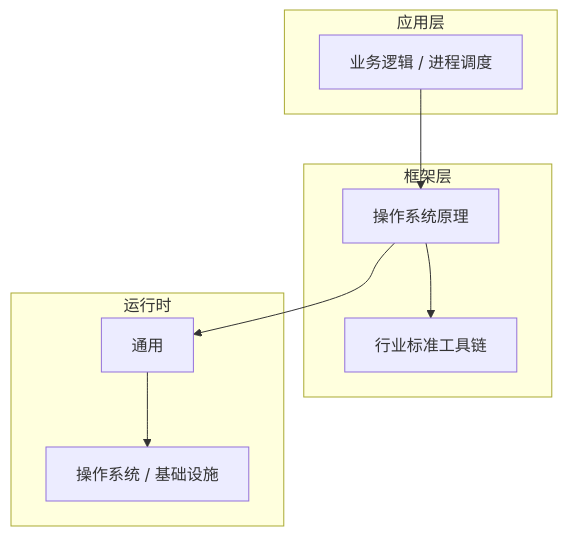
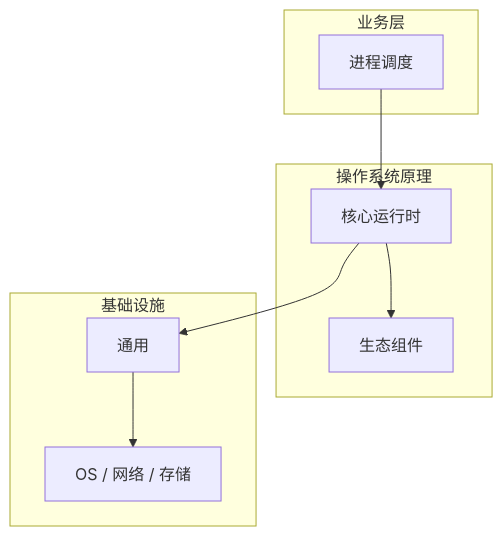
The diagram in articles/操作系统原理/chapters/023-进程调度核心概念与原理.md (yanggan2015/knowledge-json-v2), drawn with Mermaid before and after one commit. The commit also changed other lines of this file and 10127 other files, not shown here.

````diff
--- a/articles/操作系统原理/chapters/023-进程调度核心概念与原理.md
+++ b/articles/操作系统原理/chapters/023-进程调度核心概念与原理.md
@@ -45,18 +34,18 @@
 ```mermaid
 graph TB
-    subgraph 应用层
-        A[业务逻辑 / 进程调度]
+    subgraph 业务层
+        A[进程调度]
     end
-    subgraph 框架层
-        B[操作系统原理]
-        C[行业标准工具链]
+    subgraph 操作系统原理
+        B[核心运行时]
+        C[生态组件]
     end
-    subgraph 运行时
+    subgraph 基础设施
         D[通用]
-        E[操作系统 / 基础设施]
+        E[OS / 网络 / 存储]
     end
     A --> B
     B --> C
     B --> D
     D --> E
 ```
````
